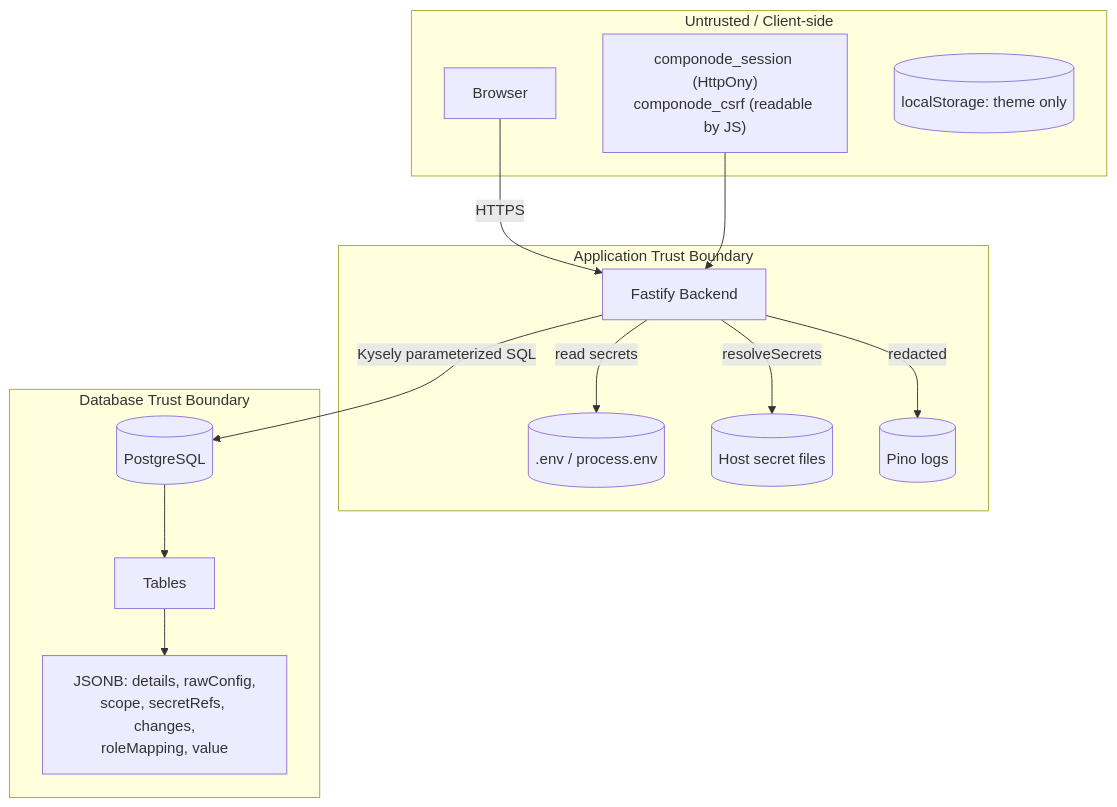
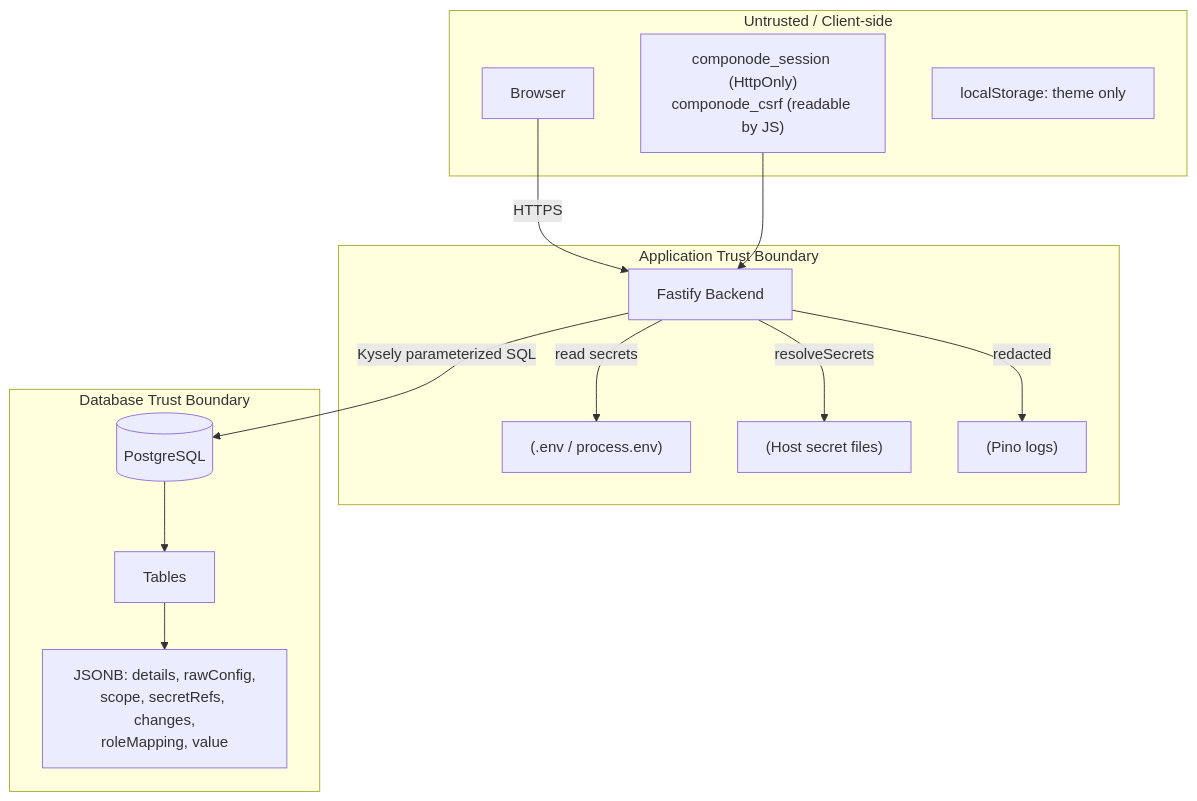
One commit to estevanalex/componode changed the fifth of 6 diagrams in docs/security/2026-09-10-security-assessment.md. Above: the diagram before and after it, drawn with Mermaid. The commit also changed other lines of this file and 1 other file, not shown here.

First line of the commit message:
Fix Mermaid syntax and strengthen skill guidance.

````diff
--- a/docs/security/2026-09-10-security-assessment.md
+++ b/docs/security/2026-09-10-security-assessment.md
@@ -258,30 +259,30 @@
 ```mermaid
 flowchart TD
   subgraph Untrusted["Untrusted / Client-side"]
     B[Browser]
-    COOKIE["componode_session (HttpOny)<br/>componode_csrf (readable by JS)"]
-    LOCAL[(localStorage: theme only)]
+    COOKIE["componode_session (HttpOnly)<br/>componode_csrf (readable by JS)"]
+    LOCAL["localStorage: theme only"]
   end
 
   subgraph AppTrust["Application Trust Boundary"]
-    FAS[Fastify Backend]
-    ENV[(.env / process.env)]
-    SEC[(Host secret files)]
-    LOG[(Pino logs)]
+    FAS["Fastify Backend"]
+    ENV["(.env / process.env)"]
+    SEC["(Host secret files)"]
+    LOG["(Pino logs)"]
   end
 
   subgraph DBTrust["Database Trust Boundary"]
     PSQL[(PostgreSQL)]
     T["Tables"]
     JSONB["JSONB: details, rawConfig,<br/>scope, secretRefs, changes,<br/>roleMapping, value"]
   end
 
-  B -->|HTTPS| FAS
+  B -->|"HTTPS"| FAS
   COOKIE --> FAS
-  FAS -->|read secrets| ENV
-  FAS -->|resolveSecrets| SEC
-  FAS -->|Kysely parameterized SQL| PSQL
+  FAS -->|"read secrets"| ENV
+  FAS -->|"resolveSecrets"| SEC
+  FAS -->|"Kysely parameterized SQL"| PSQL
   PSQL --> T
   T --> JSONB
-  FAS -->|redacted| LOG
+  FAS -->|"redacted"| LOG
 ```
````
